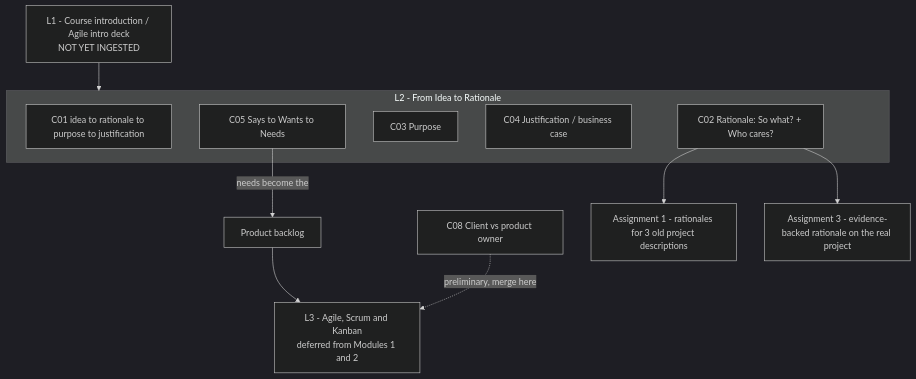
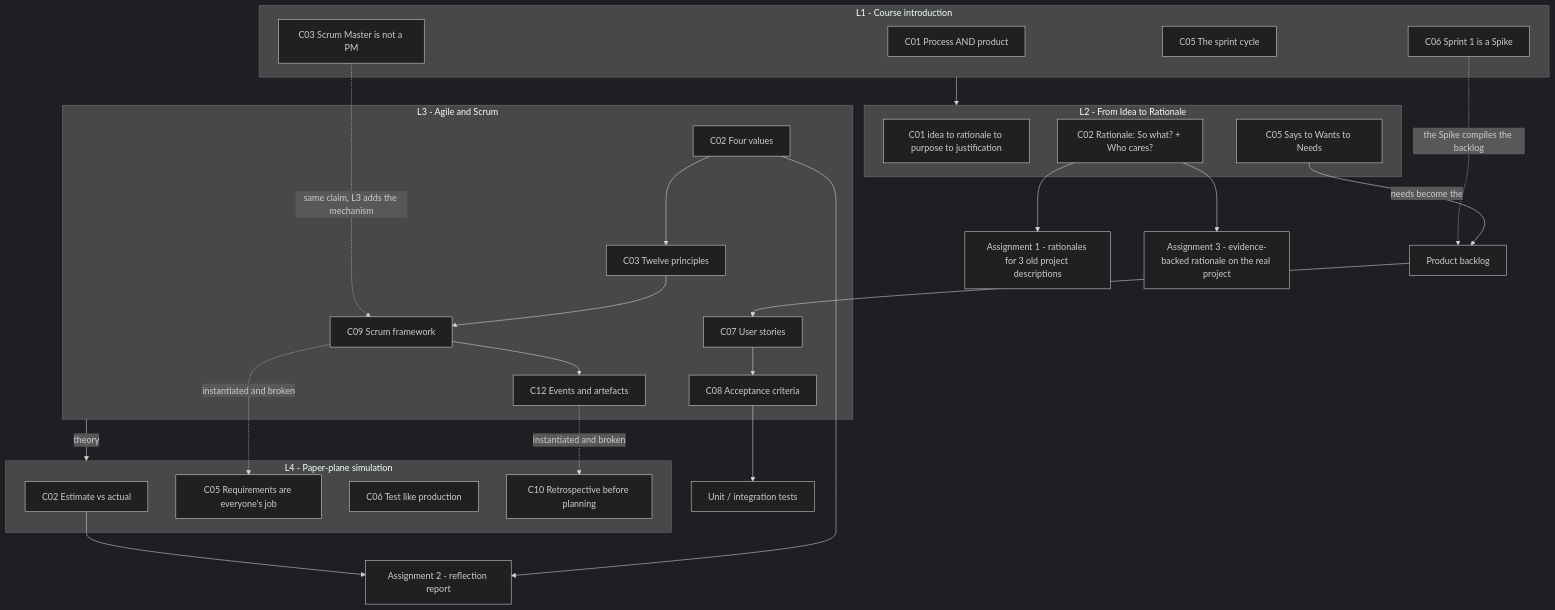
Before and after one commit to ZingZing001/uni-study: the diagram in Sem2/SE761/course-context/syllabus-map.md, drawn with Mermaid (dark theme). The commit also changed other lines of this file and 21 other files, not shown here.

First line of the commit message:
SE761/L3+L4: ingest Agile+Scrum lecture and the paper-plane simulation

````diff
--- a/Sem2/SE761/course-context/syllabus-map.md
+++ b/Sem2/SE761/course-context/syllabus-map.md
@@ -7,17 +7,45 @@
 ```mermaid
 graph TD
-    L1[L1 - Course introduction / Agile intro deck<br/>NOT YET INGESTED]
+    subgraph L1[L1 - Course introduction]
+      A1[C01 Process AND product]
+      A3[C03 Scrum Master is not a PM]
+      A5[C05 The sprint cycle]
+      A6[C06 Sprint 1 is a Spike]
+    end
     subgraph L2[L2 - From Idea to Rationale]
-      A[C01 idea to rationale to purpose to justification]
-      B[C02 Rationale: So what? + Who cares?]
-      C[C03 Purpose]
-      D[C04 Justification / business case]
-      E[C05 Says to Wants to Needs]
+      B1[C01 idea to rationale to purpose to justification]
+      B2[C02 Rationale: So what? + Who cares?]
+      B5[C05 Says to Wants to Needs]
+    end
+    subgraph L3[L3 - Agile and Scrum]
+      C2[C02 Four values]
+      C3[C03 Twelve principles]
+      C7[C07 User stories]
+      C8[C08 Acceptance criteria]
+      C9[C09 Scrum framework]
+      C12[C12 Events and artefacts]
+    end
+    subgraph L4[L4 - Paper-plane simulation]
+      D2[C02 Estimate vs actual]
+      D5[C05 Requirements are everyone's job]
+      D6[C06 Test like production]
+      D10[C10 Retrospective before planning]
     end
     L1 --> L2
-    E -->|needs become the| BL[Product backlog]
-    BL --> L3[L3 - Agile, Scrum and Kanban<br/>deferred from Modules 1 and 2]
-    F[C08 Client vs product owner] -.->|preliminary, merge here| L3
-    B --> A1[Assignment 1 - rationales for 3 old project descriptions]
-    B --> A3[Assignment 3 - evidence-backed rationale on the real project]
+    B5 -->|needs become the| BL[Product backlog]
+    BL --> C7
+    C7 --> C8
+    C8 --> TESTS[Unit / integration tests]
+    C2 --> C3
+    C3 --> C9
+    C9 --> C12
+    A3 -.->|same claim, L3 adds the mechanism| C9
+    A6 -.->|the Spike compiles the backlog| BL
+    L3 -->|theory| L4
+    C12 -.->|instantiated and broken| D10
+    C9 -.->|instantiated and broken| D5
+    B2 --> AS1[Assignment 1 - rationales for 3 old project descriptions]
+    C2 --> AS2[Assignment 2 - reflection report]
+    D2 --> AS2
+    B2 --> AS3[Assignment 3 - evidence-backed rationale on the real project]
 ```
````
